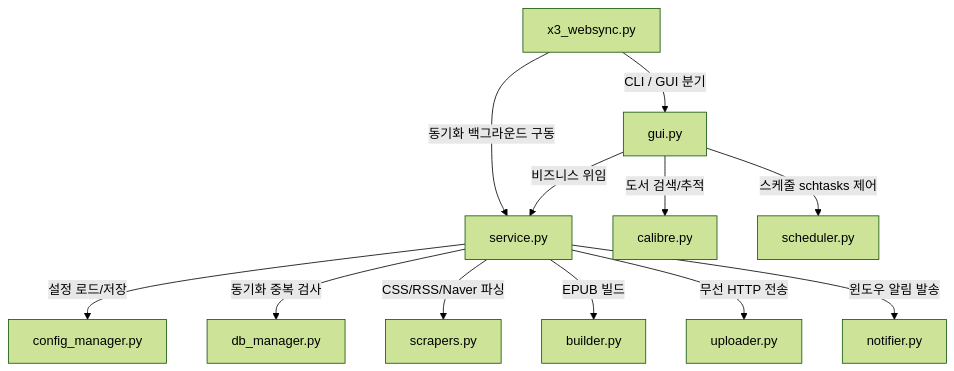
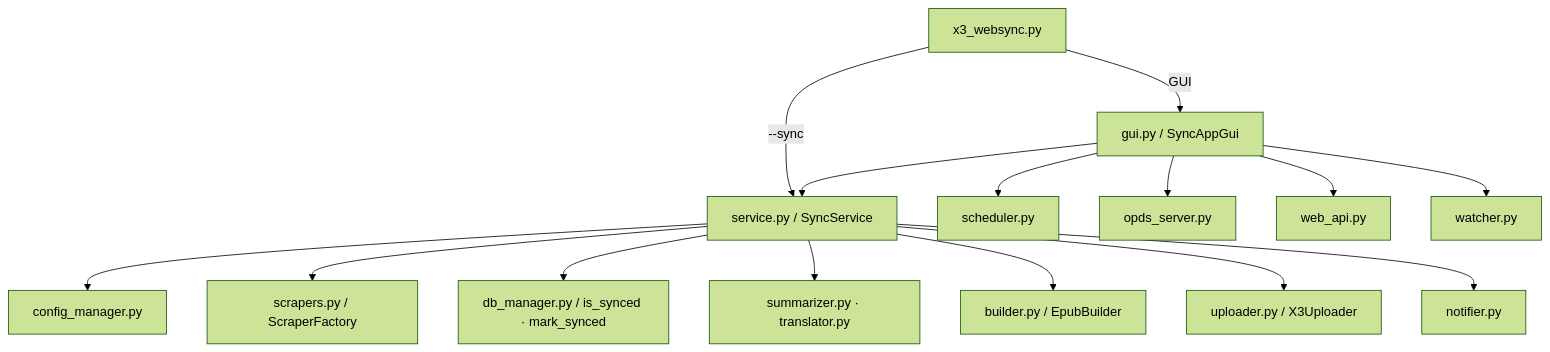
The diagram in PROJECT_AUDIT.md (twbeatles/xteink-x3-websync), drawn with Mermaid (forest theme) before and after one commit. The commit also changed other lines of this file and 56 other files, not shown here.

````diff
--- a/PROJECT_AUDIT.md
+++ b/PROJECT_AUDIT.md
@@ -19,14 +54,17 @@
 ```mermaid
 graph TD
-    x3_websync.py -->|CLI / GUI 분기| SyncAppGui[gui.py]
-    x3_websync.py -->|동기화 백그라운드 구동| SyncService[service.py]
-    SyncAppGui -->|비즈니스 위임| SyncService
-    SyncService -->|설정 로드/저장| ConfigManager[config_manager.py]
-    SyncService -->|동기화 중복 검사| SyncHistoryDb[db_manager.py]
-    SyncService -->|CSS/RSS/Naver 파싱| BaseScraper[scrapers.py]
-    SyncService -->|EPUB 빌드| EpubBuilder[builder.py]
-    SyncService -->|무선 HTTP 전송| X3Uploader[uploader.py]
-    SyncService -->|윈도우 알림 발송| ToastNotifier[notifier.py]
-    SyncAppGui -->|도서 검색/추적| CalibreManager[calibre.py]
-    SyncAppGui -->|스케줄 schtasks 제어| SchedulerManager[scheduler.py]
+    Entry[x3_websync.py] -->|GUI| GUI[gui.py / SyncAppGui]
+    Entry -->|--sync| Svc[service.py / SyncService]
+    GUI --> Svc
+    Svc --> CFG[config_manager.py]
+    Svc --> SCR[scrapers.py / ScraperFactory]
+    Svc --> DB[db_manager.py / is_synced · mark_synced]
+    Svc --> AI[summarizer.py · translator.py]
+    Svc --> BLD[builder.py / EpubBuilder]
+    Svc --> UPL[uploader.py / X3Uploader]
+    Svc --> NT[notifier.py]
+    GUI --> SCH[scheduler.py]
+    GUI --> OPDS[opds_server.py]
+    GUI --> WEB[web_api.py]
+    GUI --> WCH[watcher.py]
 ```
````
